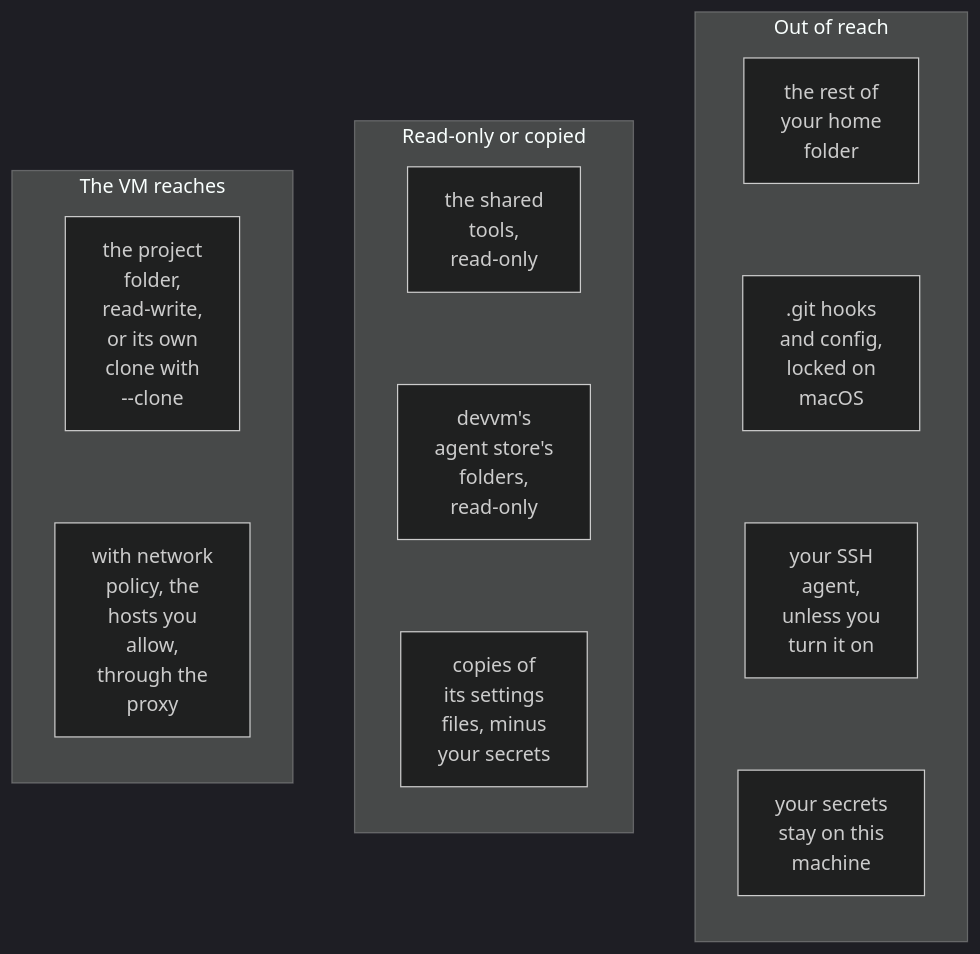
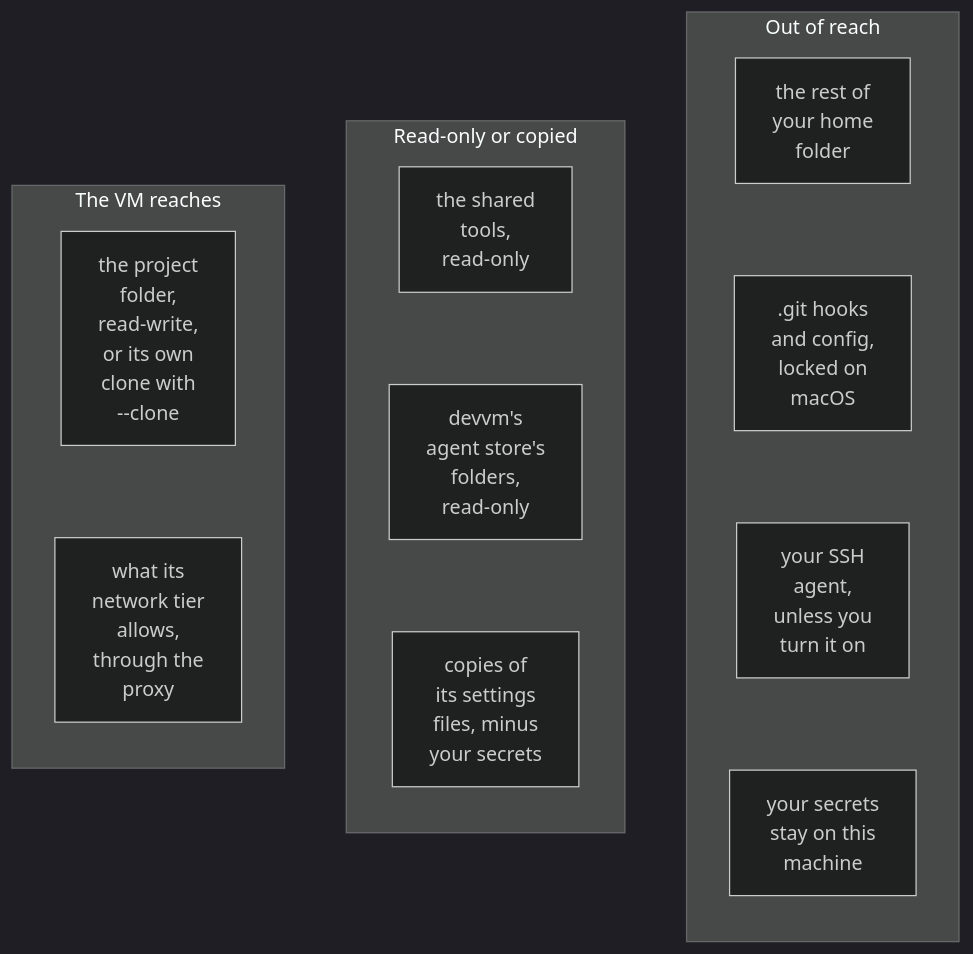
The diagram in docs/content/docs/safety/_index.md (DustyPolk/devvm), drawn with Mermaid (dark theme) before and after one commit. The commit also changed 7 other files, not shown here.

````diff
--- a/docs/content/docs/safety/_index.md
+++ b/docs/content/docs/safety/_index.md
@@ -24,31 +24,31 @@
 ```mermaid
 ---
 config:
   flowchart:
     minNodeWidth: 0
 ---
 flowchart TB
   %% Narrower nodes than other diagrams' and labels of at most 12 characters a line, so three
   %% columns fit the page. Mermaid lays the columns out from right to left, so the last one comes first.
   subgraph out["Out of reach"]
     direction TB
     home["the rest of<br>your home<br>folder"]
     git[".git hooks<br>and config,<br>locked on<br>macOS"]
     agent["your SSH<br>agent,<br>unless you<br>turn it on"]
     secrets["your secrets<br>stay on this<br>machine"]
     home ~~~ git ~~~ agent ~~~ secrets
   end
   subgraph copied["Read-only or copied"]
     direction TB
     tools["the shared<br>tools,<br>read-only"]
     folders["devvm's<br>agent store's<br>folders,<br>read-only"]
     files["copies of<br>its settings<br>files, minus<br>your secrets"]
     tools ~~~ folders ~~~ files
   end
   subgraph reach["The VM reaches"]
     direction TB
     folder["the project<br>folder,<br>read-write,<br>or its own<br>clone with<br>--clone"]
-    hosts["with network<br>policy, the<br>hosts you<br>allow,<br>through the<br>proxy"]
+    hosts["what its<br>network tier<br>allows,<br>through the<br>proxy"]
     folder ~~~ hosts
   end
 ```
````
